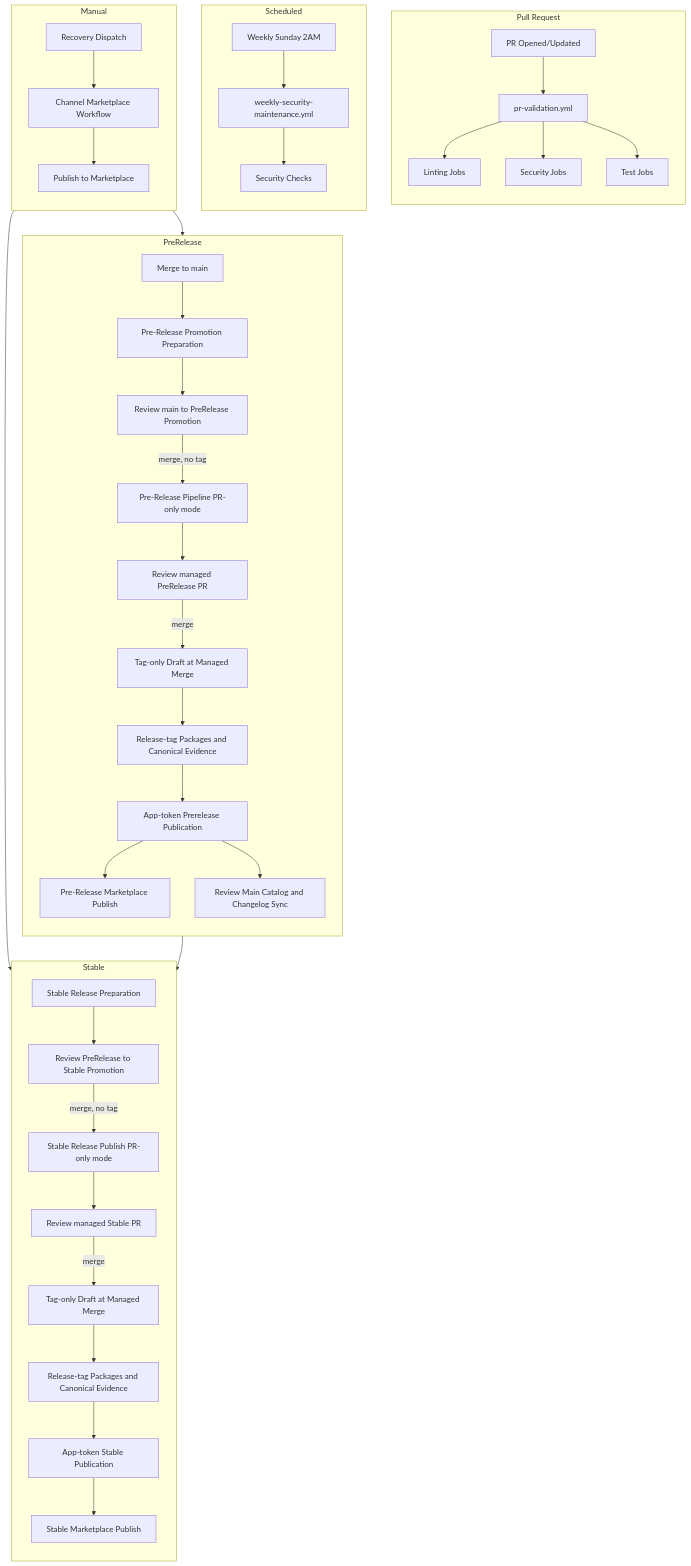
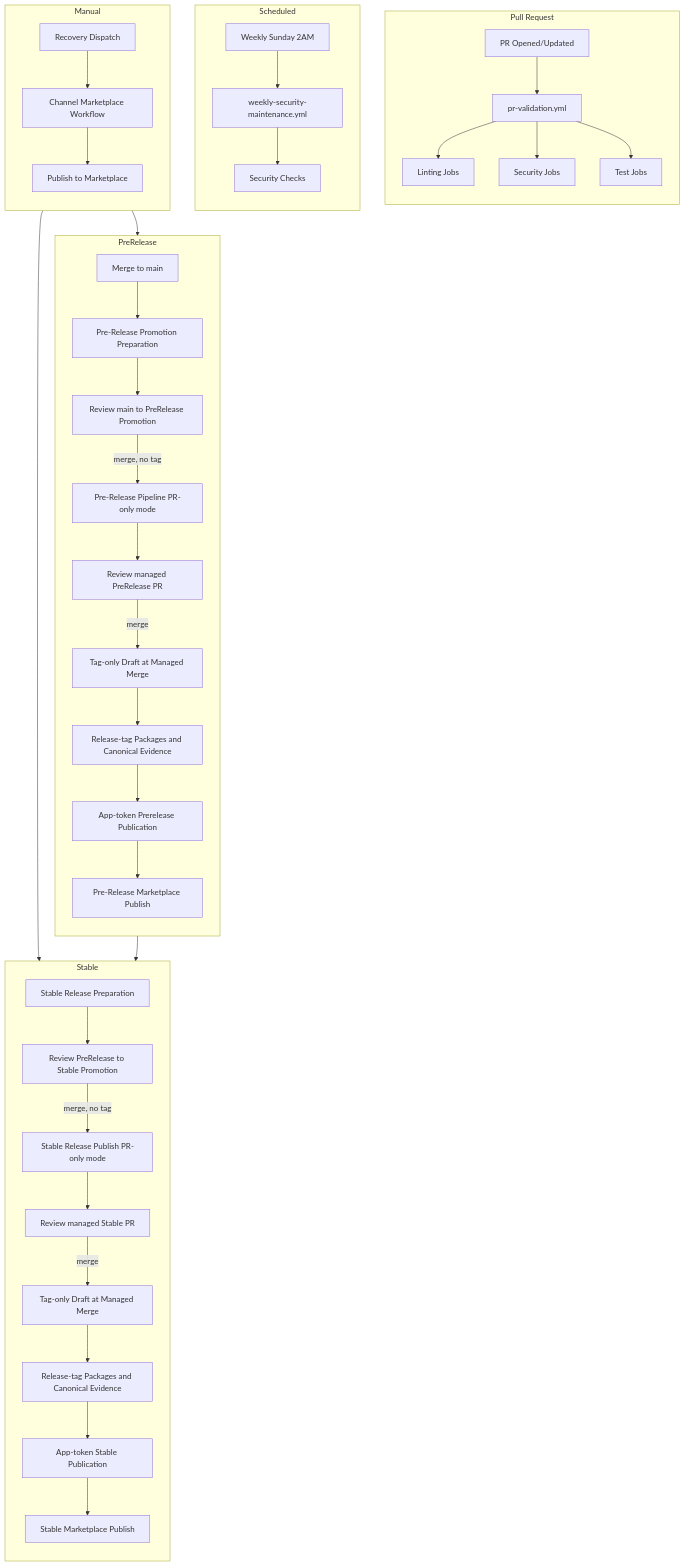
One commit to MohammedAlkindi/hve-core changed the first of 3 diagrams in docs/architecture/workflows.md. Above: the diagram before and after it, drawn with Mermaid. The commit also changed other lines of this file and 9 other files, not shown here.

First line of the commit message:
refactor(workflows): retire automated main catalog synchronization

````diff
--- a/docs/architecture/workflows.md
+++ b/docs/architecture/workflows.md
@@ -14,49 +14,48 @@
 ```mermaid
 flowchart TD
     subgraph PR["Pull Request"]
         direction TB
         PR1[PR Opened/Updated] --> PV[pr-validation.yml]
         PV --> LINT[Linting Jobs]
         PV --> SEC[Security Jobs]
         PV --> TEST[Test Jobs]
     end
 
     subgraph PRE["PreRelease"]
         direction TB
         MERGE[Merge to main] --> PREP[Pre-Release Promotion Preparation]
         PREP --> PROMO[Review main to PreRelease Promotion]
         PROMO -->|merge, no tag| PRE_RP[Pre-Release Pipeline PR-only mode]
         PRE_RP --> PRE_REL[Review managed PreRelease PR]
         PRE_REL -->|merge| PRE_DRAFT[Tag-only Draft at Managed Merge]
         PRE_DRAFT --> PRE_EVIDENCE[Release-tag Packages and Canonical Evidence]
         PRE_EVIDENCE --> PRE_PUBLISH[App-token Prerelease Publication]
         PRE_PUBLISH --> PRE_MARKET[Pre-Release Marketplace Publish]
-        PRE_PUBLISH --> MAIN_SYNC[Review Main Catalog and Changelog Sync]
     end
 
     subgraph STABLE["Stable"]
         direction TB
         PRE_PUBLISH --> ST_PREP[Stable Release Preparation]
         ST_PREP --> ST_PROMO[Review PreRelease to Stable Promotion]
         ST_PROMO -->|merge, no tag| ST_RP[Stable Release Publish PR-only mode]
         ST_RP --> ST_REL[Review managed Stable PR]
         ST_REL -->|merge| ST_DRAFT[Tag-only Draft at Managed Merge]
         ST_DRAFT --> ST_EVIDENCE[Release-tag Packages and Canonical Evidence]
         ST_EVIDENCE --> ST_PUBLISH[App-token Stable Publication]
         ST_PUBLISH --> ST_MARKET[Stable Marketplace Publish]
     end
 
     subgraph SCHED["Scheduled"]
         direction TB
         CRON[Weekly Sunday 2AM] --> WEEKLY[weekly-security-maintenance.yml]
         WEEKLY --> SECCHECK[Security Checks]
     end
 
     subgraph MANUAL["Manual"]
         direction TB
         DISPATCH[Recovery Dispatch] --> PREP
         DISPATCH --> ST_PREP
         DISPATCH --> PUB[Channel Marketplace Workflow]
         PUB --> VSCE[Publish to Marketplace]
     end
 ```
````
